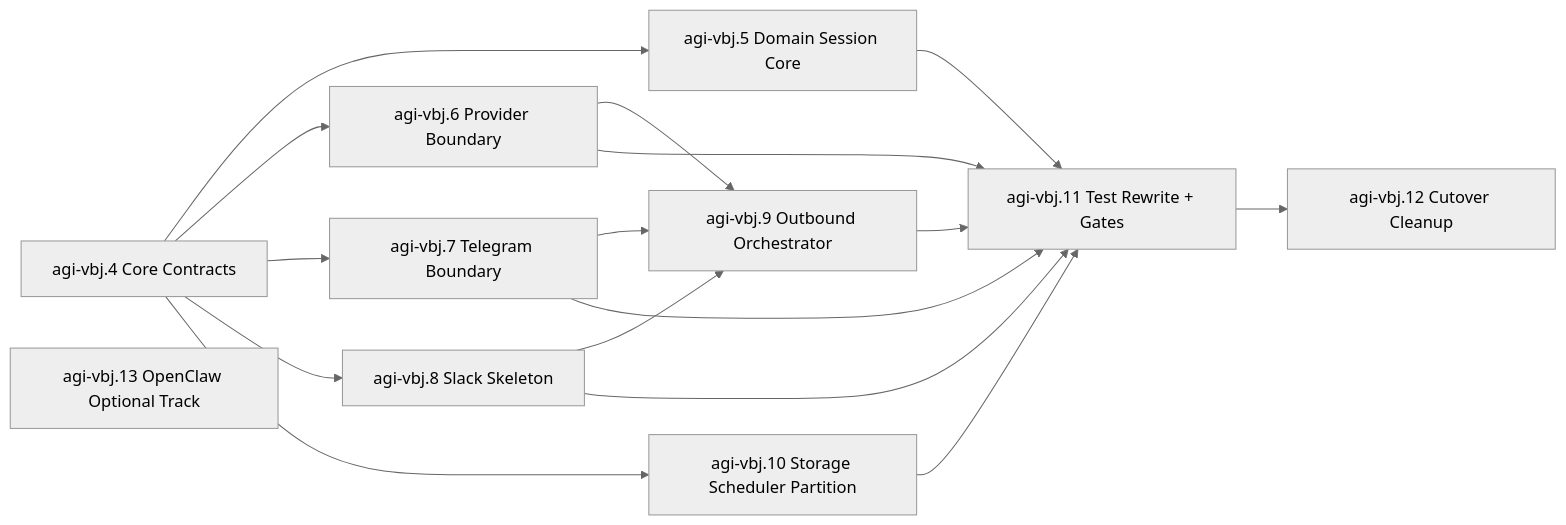
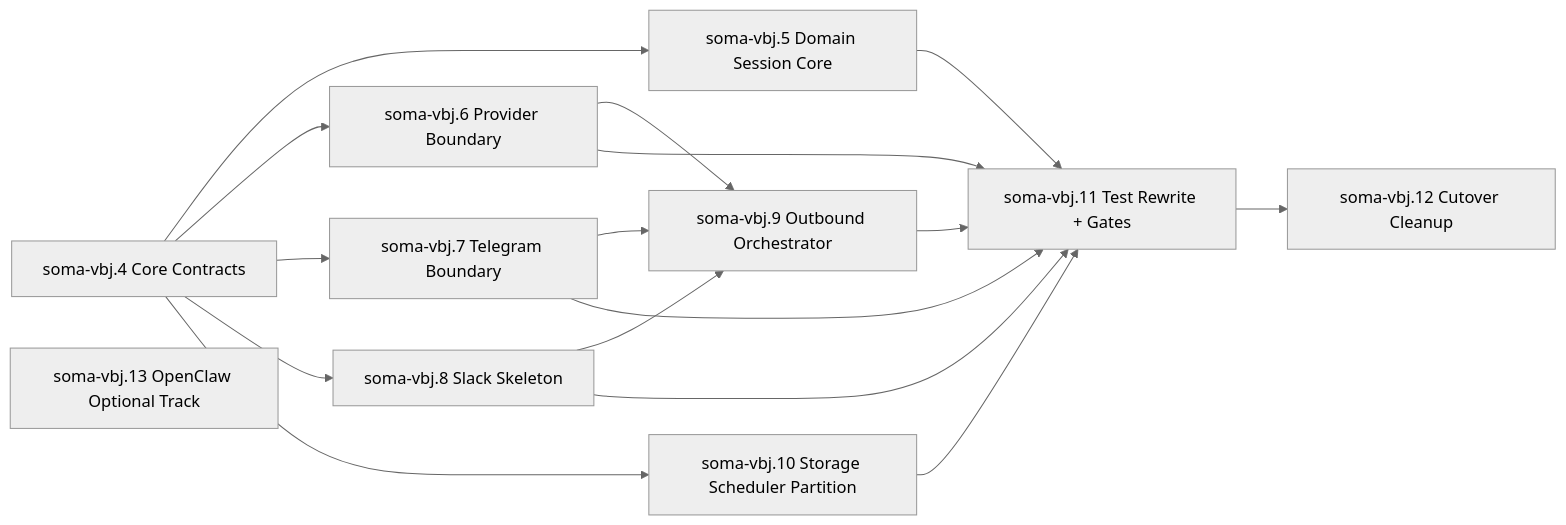
The second of 2 diagrams in docs/architecture-refactor-v3.md (2lab-ai/soma), drawn with Mermaid (neutral theme) before and after one commit. The commit also changed other lines of this file and 4 other files, not shown here.

````diff
--- a/docs/architecture-refactor-v3.md
+++ b/docs/architecture-refactor-v3.md
@@ -167,29 +167,29 @@
 ```mermaid
 flowchart LR
-  E1["agi-vbj.4 Core Contracts"]
-  E2["agi-vbj.5 Domain Session Core"]
-  E3["agi-vbj.6 Provider Boundary"]
-  E4["agi-vbj.7 Telegram Boundary"]
-  E5["agi-vbj.8 Slack Skeleton"]
-  E6["agi-vbj.10 Storage Scheduler Partition"]
-  E7["agi-vbj.9 Outbound Orchestrator"]
-  E8["agi-vbj.11 Test Rewrite + Gates"]
-  E9["agi-vbj.12 Cutover Cleanup"]
-  X["agi-vbj.13 OpenClaw Optional Track"]
+  E1["soma-vbj.4 Core Contracts"]
+  E2["soma-vbj.5 Domain Session Core"]
+  E3["soma-vbj.6 Provider Boundary"]
+  E4["soma-vbj.7 Telegram Boundary"]
+  E5["soma-vbj.8 Slack Skeleton"]
+  E6["soma-vbj.10 Storage Scheduler Partition"]
+  E7["soma-vbj.9 Outbound Orchestrator"]
+  E8["soma-vbj.11 Test Rewrite + Gates"]
+  E9["soma-vbj.12 Cutover Cleanup"]
+  X["soma-vbj.13 OpenClaw Optional Track"]
 
   E1 --> E2
   E1 --> E3
   E1 --> E4
   E1 --> E5
   E1 --> E6
   E3 --> E7
   E4 --> E7
   E5 --> E7
   E2 --> E8
   E3 --> E8
   E4 --> E8
   E5 --> E8
   E6 --> E8
   E7 --> E8
   E8 --> E9
 ```
````
